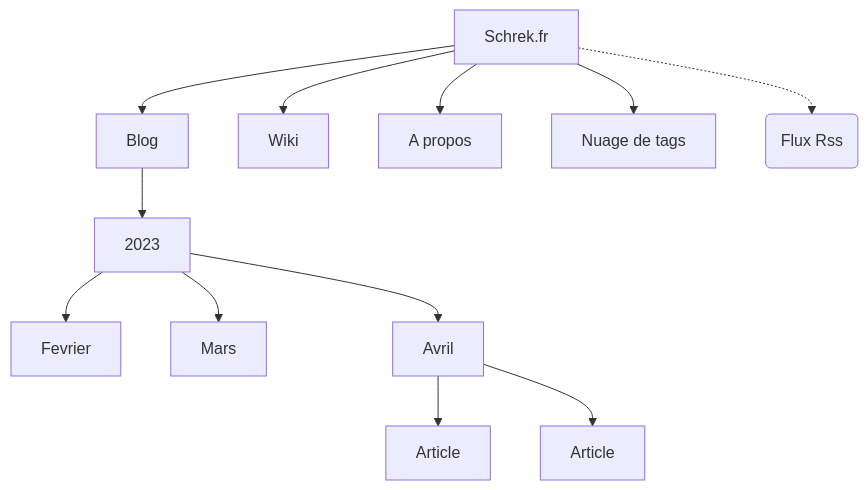
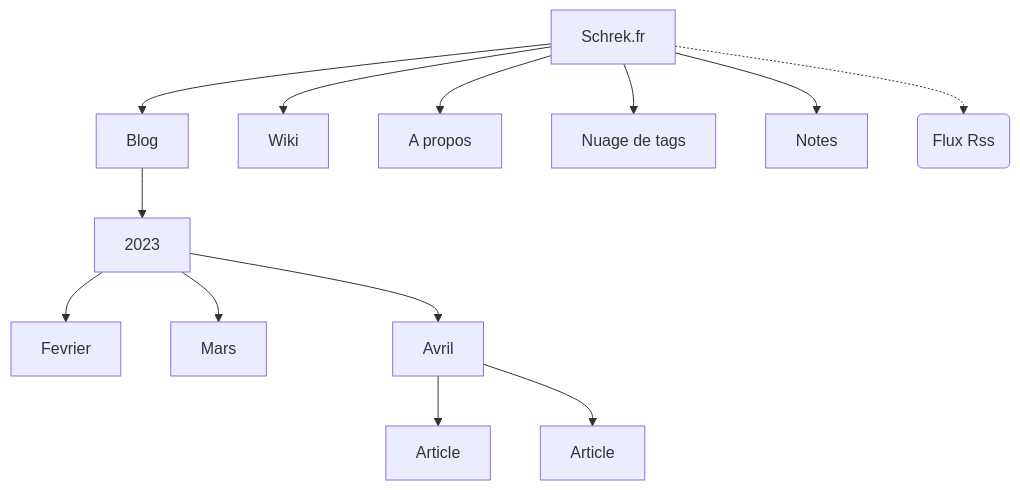
The diagram in content/pages/apropos/index.md (charl0t/blog.schrek), drawn with Mermaid before and after one commit. The commit also changed 3996 other files, not shown here.

```diff
--- a/content/pages/apropos/index.md
+++ b/content/pages/apropos/index.md
@@ -25,14 +25,15 @@
 {{< mermaid >}}
 flowchart TD
     A[Schrek.fr] --> B[Blog]
     A --> C[Wiki]
     A --> F[A propos]
     A --> H[Nuage de tags]
+	A --> M[Notes]
     A -.-> J(Flux Rss)
     B --> D[2023]
     D --> E[Fevrier]
     D --> I[Mars]
     D --> K[Avril]
     K --> L[Article]
     K --> L1[Article]
 {{< / mermaid >}}
```
